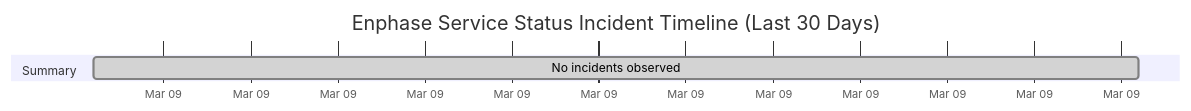
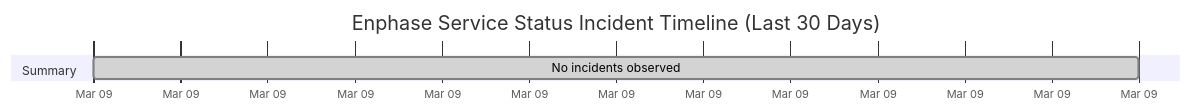
One commit to barneyonline/ha-enphase-ev-charger changed the diagram in wiki/Service-Status-History.md. Above: the diagram before and after it, drawn with Mermaid. The commit also changed other lines of this file and 3 other files, not shown here.

````diff
--- a/wiki/Service-Status-History.md
+++ b/wiki/Service-Status-History.md
@@ -14,8 +14,8 @@
 ```mermaid
 gantt
     title Enphase Service Status Incident Timeline (Last 30 Days)
     dateFormat  YYYY-MM-DDTHH:mm:ss
     axisFormat  %b %d
     section Summary
-    No incidents observed :done, 2026-03-09T21:23:51, 1m
+    No incidents observed :done, 2026-03-09T22:19:30, 1m
 ```
````
